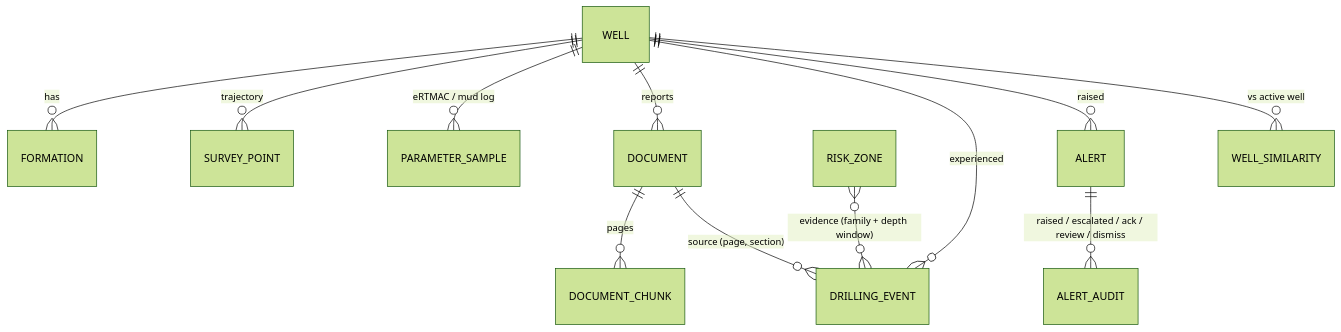
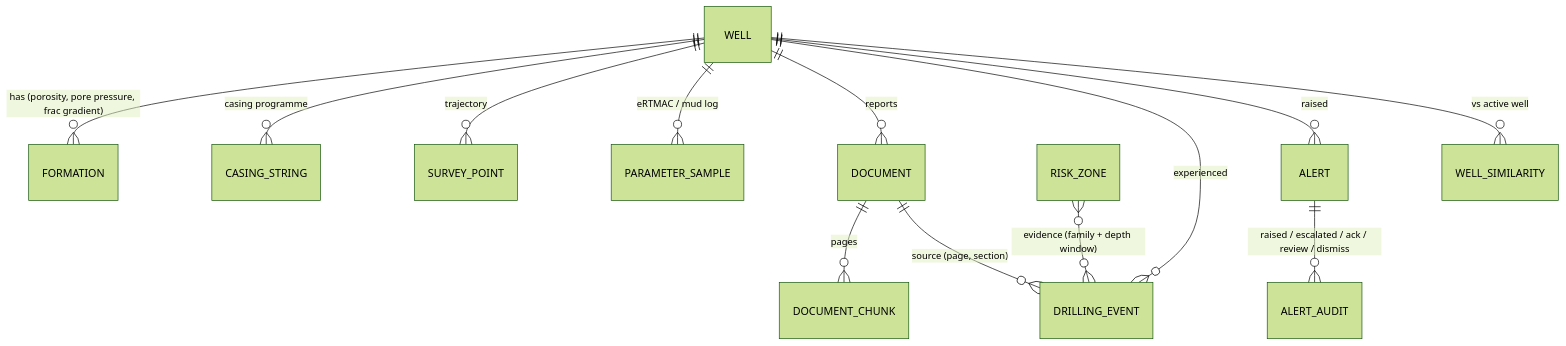
One commit to aryabailur/sih26121 changed the diagram in docs/ARCHITECTURE.md. Above: the diagram before and after it, drawn with Mermaid (forest theme). The commit also changed 12 other files, not shown here.

````diff
--- a/docs/ARCHITECTURE.md
+++ b/docs/ARCHITECTURE.md
@@ -17,14 +17,15 @@
 ```mermaid
 erDiagram
-  WELL ||--o{ FORMATION : has
+  WELL ||--o{ FORMATION : "has (porosity, pore pressure, frac gradient)"
+  WELL ||--o{ CASING_STRING : "casing programme"
   WELL ||--o{ SURVEY_POINT : trajectory
   WELL ||--o{ PARAMETER_SAMPLE : "eRTMAC / mud log"
   WELL ||--o{ DOCUMENT : reports
   DOCUMENT ||--o{ DOCUMENT_CHUNK : pages
   WELL ||--o{ DRILLING_EVENT : experienced
   DOCUMENT ||--o{ DRILLING_EVENT : "source (page, section)"
   RISK_ZONE }o--o{ DRILLING_EVENT : "evidence (family + depth window)"
   WELL ||--o{ ALERT : raised
   ALERT ||--o{ ALERT_AUDIT : "raised / escalated / ack / review / dismiss"
   WELL ||--o{ WELL_SIMILARITY : "vs active well"
 ```
````
